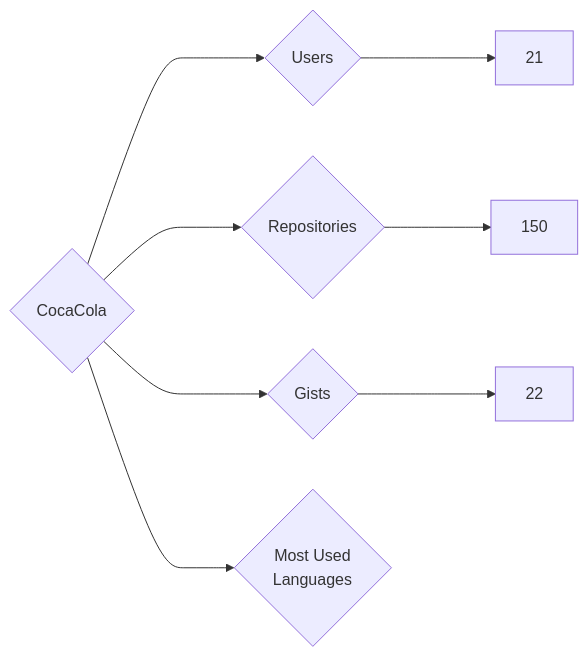
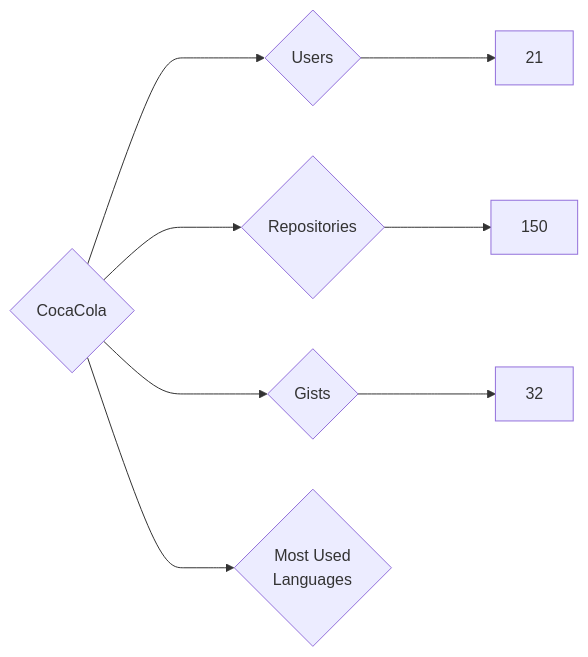
The diagram in targets/CocaCola/README.md (nenadzaric/insiders), drawn with Mermaid before and after one commit. The commit also changed 1342 other files, not shown here.

````diff
--- a/targets/CocaCola/README.md
+++ b/targets/CocaCola/README.md
@@ -3,8 +3,8 @@
 ```mermaid
 graph LR
 COMPANY_NAME{CocaCola}
 COMPANY_NAME ---> U{Users} ---> UN[21]
 COMPANY_NAME ---> R{Repositories} ---> RN[150]
-COMPANY_NAME ---> G{Gists} ---> GN[22]
+COMPANY_NAME ---> G{Gists} ---> GN[32]
 COMPANY_NAME ---> ML{Most Used<br>Languages}
 ```
````
